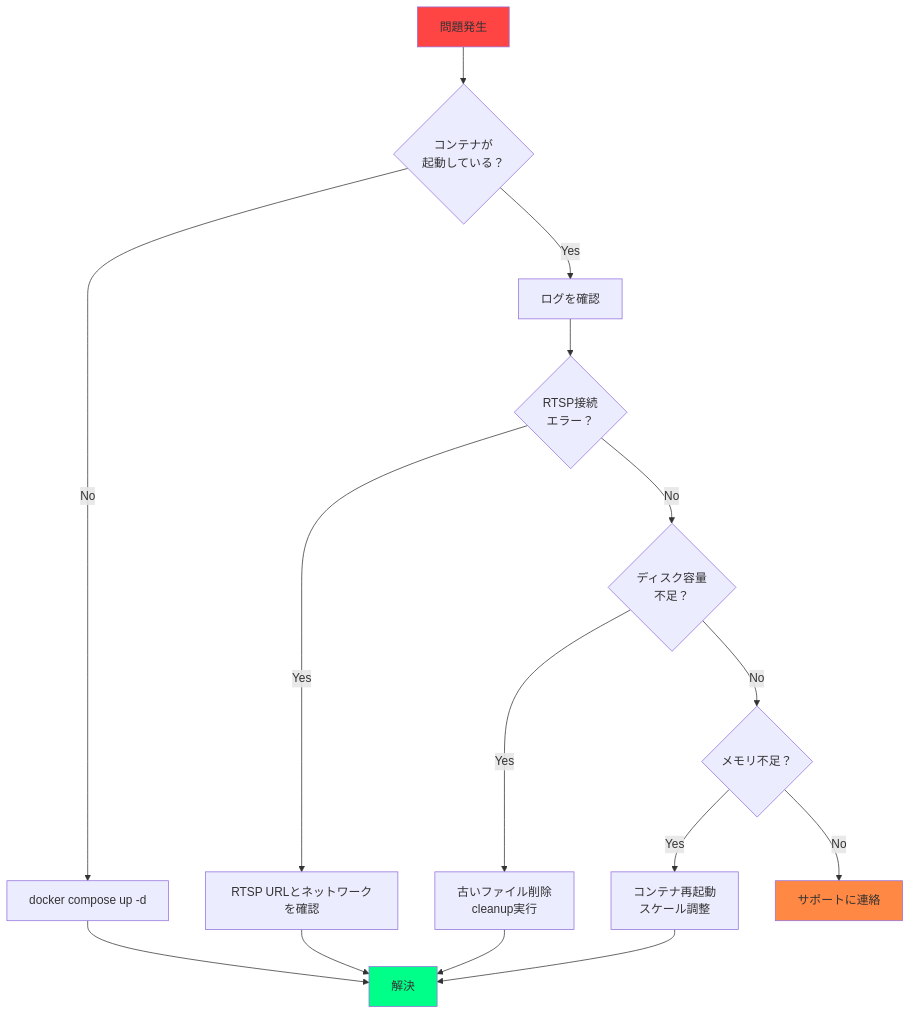
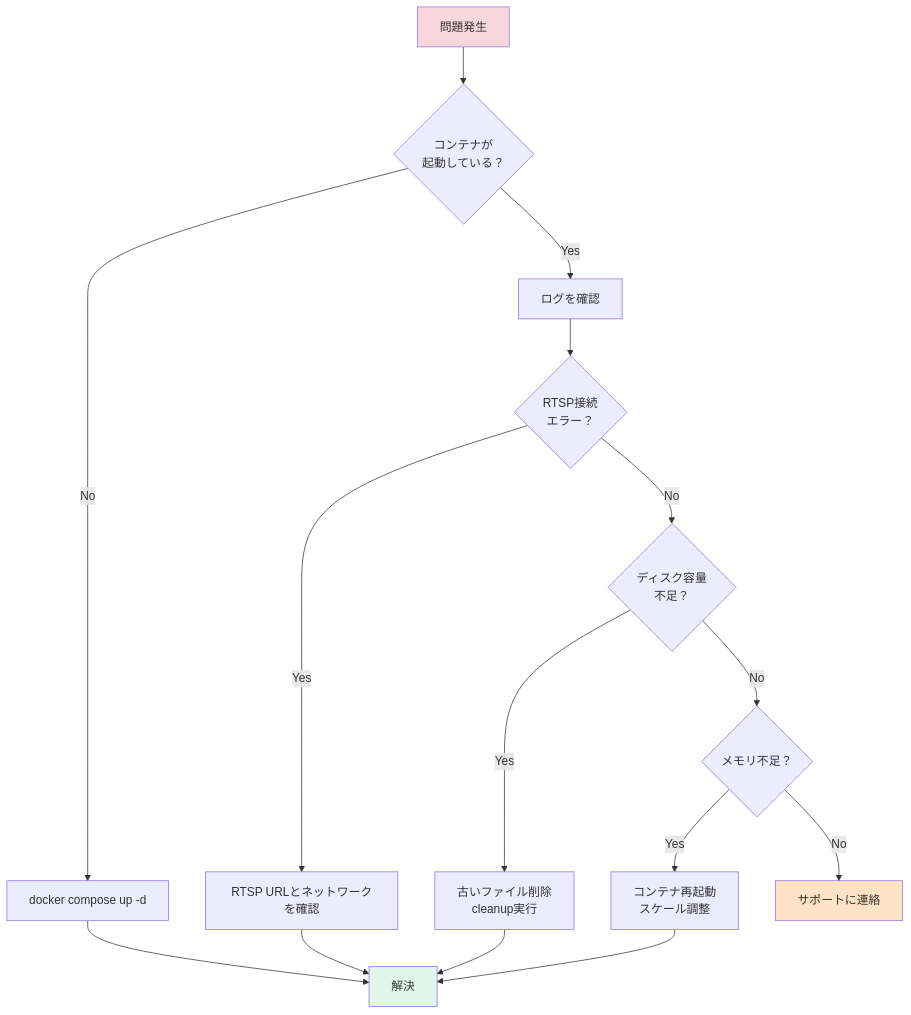
The second of 2 diagrams in documents/OPERATIONS_GUIDE.md (Masakai/meteo), drawn with Mermaid before and after one commit. The commit also changed other lines of this file and 8 other files, not shown here.

Commit message:
- Mermaidダイアグラム用スタイルのカラーパレットを調整   - セーフティカラーを温和なトーンへ変更   - Mermaidテーマ設定のドキュメントやスクリプトを更新 - WebRTC/Go2RTC関連のドキュメント強化   - `go2rtc` コンテナ仕様、図解を追加   - ダッシュボード埋め込み方式とストリーミング設定を反映   - 構築手順にポートや依存関係情報を補足

````diff
--- a/documents/OPERATIONS_GUIDE.md
+++ b/documents/OPERATIONS_GUIDE.md
@@ -581,37 +581,37 @@
 ```mermaid
 flowchart TD
     Start["問題発生"]
     CheckContainer{"コンテナが<br/>起動している？"}
     CheckLogs["ログを確認"]
     CheckRTSP{"RTSP接続<br/>エラー？"}
     CheckDisk{"ディスク容量<br/>不足？"}
     CheckMemory{"メモリ不足？"}
 
     FixContainer["docker compose up -d"]
     FixRTSP["RTSP URLとネットワークを確認"]
     FixDisk["古いファイル削除<br/>cleanup実行"]
     FixMemory["コンテナ再起動<br/>スケール調整"]
 
     Resolved["解決"]
     Support["サポートに連絡"]
 
     Start --> CheckContainer
     CheckContainer -->|"No"| FixContainer
     CheckContainer -->|"Yes"| CheckLogs
     CheckLogs --> CheckRTSP
     CheckRTSP -->|"Yes"| FixRTSP
     CheckRTSP -->|"No"| CheckDisk
     CheckDisk -->|"Yes"| FixDisk
     CheckDisk -->|"No"| CheckMemory
     CheckMemory -->|"Yes"| FixMemory
     CheckMemory -->|"No"| Support
 
     FixContainer --> Resolved
     FixRTSP --> Resolved
     FixDisk --> Resolved
     FixMemory --> Resolved
 
-    style Start fill:#ff4444
-    style Resolved fill:#00ff88
-    style Support fill:#ff8844
+    style Start fill:#f8d7da
+    style Resolved fill:#dff6e8
+    style Support fill:#ffe3c4
 ```
````
